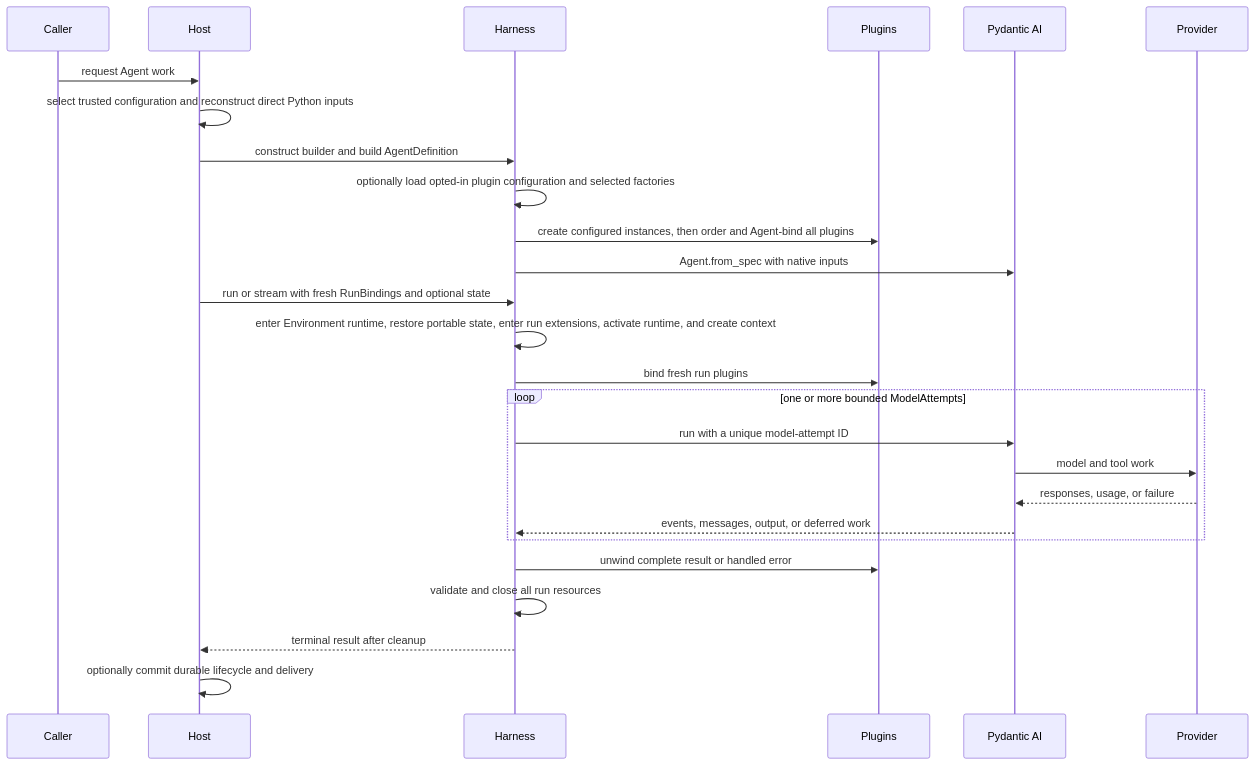
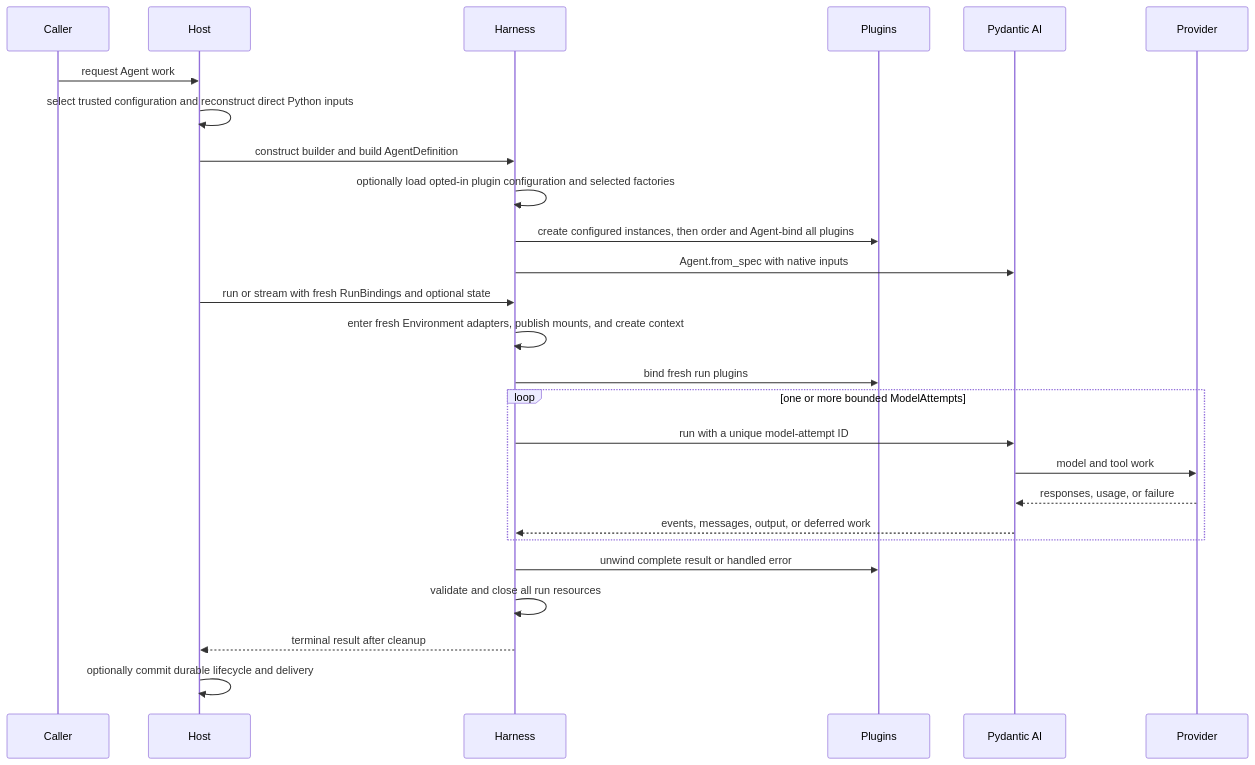
One commit to LTThreeComma/agent-foundation changed the second of 2 diagrams in spec/agent-harness/00-overview.md. Above: the diagram before and after it, drawn with Mermaid. The commit also changed other lines of this file and 188 other files, not shown here.

First line of the commit message:
feat(harness): rework environment and host ownership (#82)

````diff
--- a/spec/agent-harness/00-overview.md
+++ b/spec/agent-harness/00-overview.md
@@ -95,29 +92,29 @@
 ```mermaid
 sequenceDiagram
     participant Caller
     participant Host
     participant Harness
     participant Plugins
     participant PAI as Pydantic AI
     participant Provider
 
     Caller->>Host: request Agent work
     Host->>Host: select trusted configuration and reconstruct direct Python inputs
     Host->>Harness: construct builder and build AgentDefinition
     Harness->>Harness: optionally load opted-in plugin configuration and selected factories
     Harness->>Plugins: create configured instances, then order and Agent-bind all plugins
     Harness->>PAI: Agent.from_spec with native inputs
     Host->>Harness: run or stream with fresh RunBindings and optional state
-    Harness->>Harness: enter Environment runtime, restore portable state, enter run extensions, activate runtime, and create context
+    Harness->>Harness: enter fresh Environment adapters, publish mounts, and create context
     Harness->>Plugins: bind fresh run plugins
     loop one or more bounded ModelAttempts
         Harness->>PAI: run with a unique model-attempt ID
         PAI->>Provider: model and tool work
         Provider-->>PAI: responses, usage, or failure
         PAI-->>Harness: events, messages, output, or deferred work
     end
     Harness->>Plugins: unwind complete result or handled error
     Harness->>Harness: validate and close all run resources
     Harness-->>Host: terminal result after cleanup
     Host->>Host: optionally commit durable lifecycle and delivery
 ```
````
